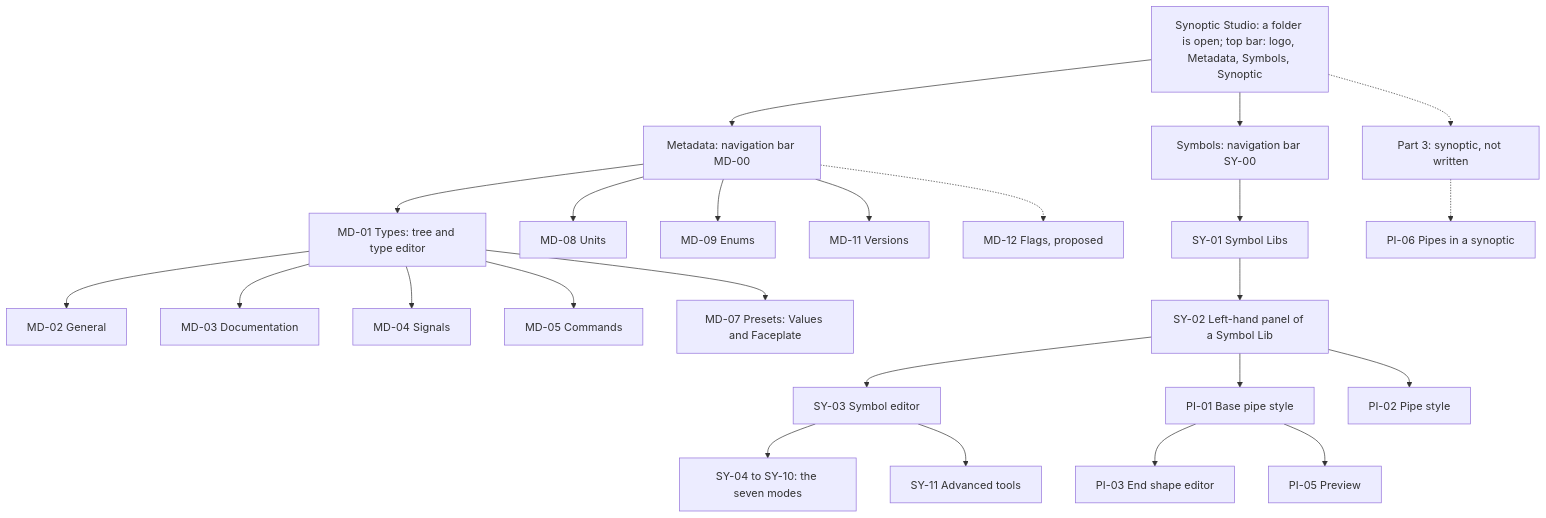
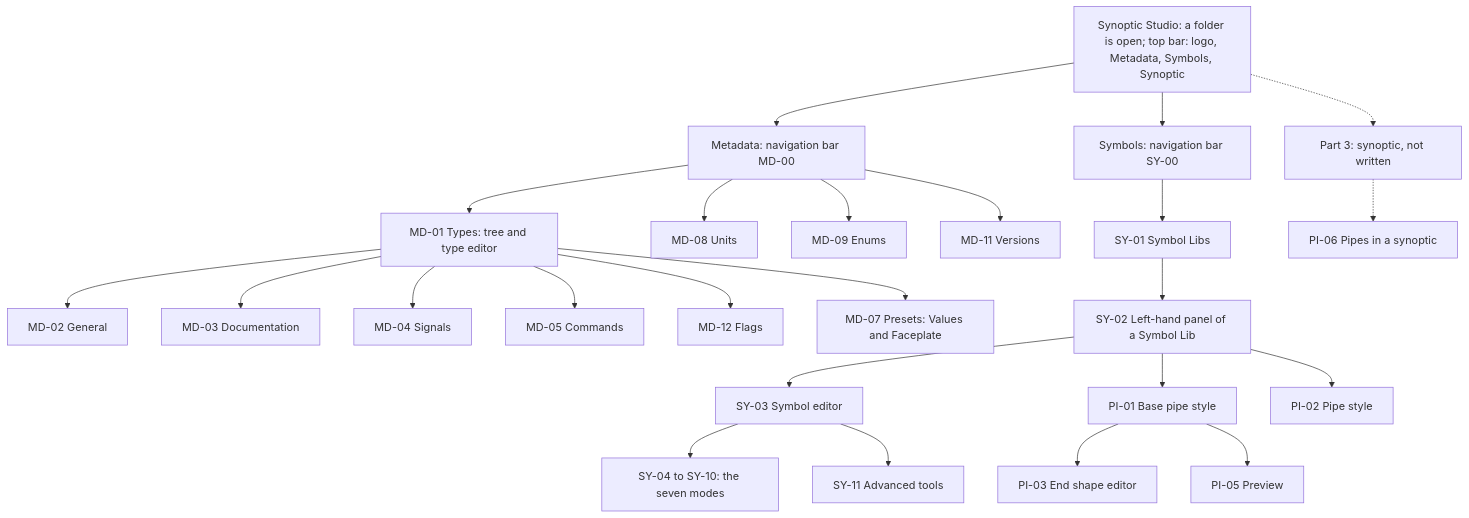
Before and after one commit to AlexandreGallais/synoptic-studio-spec: the sixth of 6 diagrams in screens/README.md, drawn with Mermaid. The commit also changed other lines of this file and 9 other files, not shown here.

````diff
--- a/screens/README.md
+++ b/screens/README.md
@@ -189,28 +189,28 @@
 ```mermaid
 flowchart TD
     APP["Synoptic Studio: a folder is open; top bar: logo, Metadata, Symbols, Synoptic"] --> MD["Metadata: navigation bar MD-00"]
     APP --> SY["Symbols: navigation bar SY-00"]
     APP -.-> P3["Part 3: synoptic, not written"]
 
     MD --> MD01["MD-01 Types: tree and type editor"]
     MD01 --> MD02["MD-02 General"]
     MD01 --> MD03["MD-03 Documentation"]
     MD01 --> MD04["MD-04 Signals"]
     MD01 --> MD05["MD-05 Commands"]
+    MD01 --> MD12["MD-12 Flags"]
     MD01 --> MD07["MD-07 Presets: Values and Faceplate"]
     MD --> MD08["MD-08 Units"]
     MD --> MD09["MD-09 Enums"]
     MD --> MD11["MD-11 Versions"]
-    MD -.-> MD12["MD-12 Flags, proposed"]
 
     SY --> SY01["SY-01 Symbol Libs"]
     SY01 --> SY02["SY-02 Left-hand panel of a Symbol Lib"]
     SY02 --> SY03["SY-03 Symbol editor"]
     SY03 --> SY04["SY-04 to SY-10: the seven modes"]
     SY03 --> SY11["SY-11 Advanced tools"]
     SY02 --> PI01["PI-01 Base pipe style"]
     SY02 --> PI02["PI-02 Pipe style"]
     PI01 --> PI03["PI-03 End shape editor"]
     PI01 --> PI05["PI-05 Preview"]
     P3 -.-> PI06["PI-06 Pipes in a synoptic"]
 ```
````
